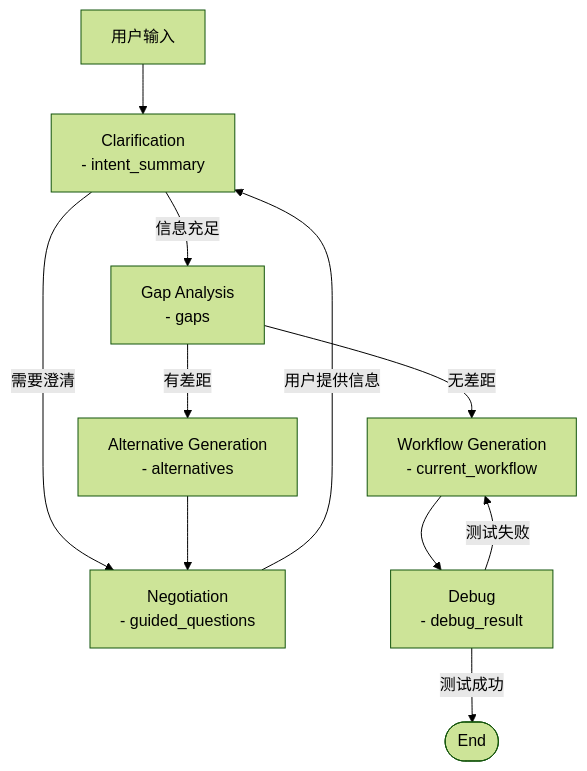
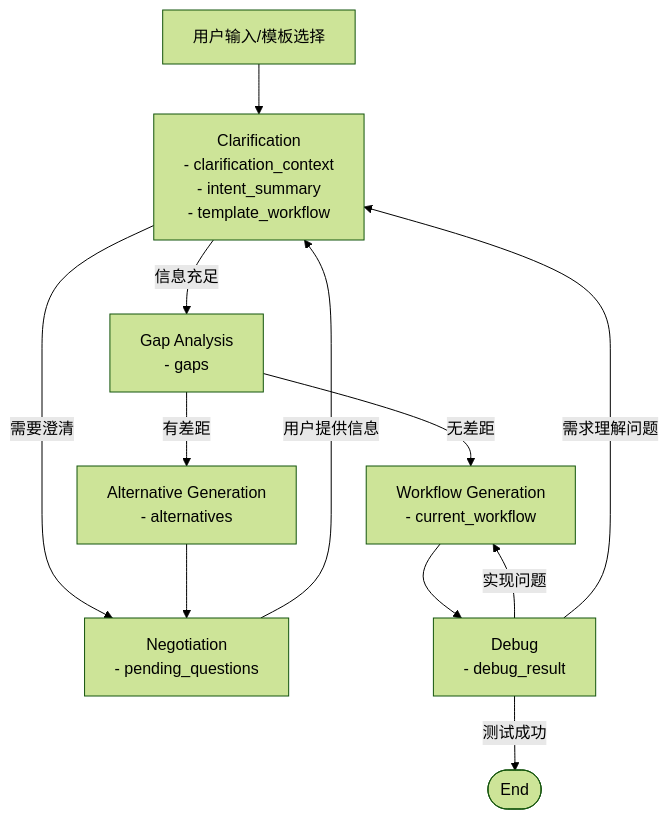
One commit to CurvatureX/agent_team_monorepo changed the seventh of 7 diagrams in docs/tech-design/workflow-agent-architecture.md. Above: the diagram before and after it, drawn with Mermaid (forest theme). The commit also changed other lines of this file and 46 other files, not shown here.

````diff
--- a/docs/tech-design/workflow-agent-architecture.md
+++ b/docs/tech-design/workflow-agent-architecture.md
@@ -173,13 +194,14 @@
 ```mermaid
 graph TD
-    Start[用户输入] --> Clarification["Clarification<br/>- intent_summary"]
-    Clarification -- "需要澄清" --> Negotiation["Negotiation<br/>- guided_questions"]
+    Start[用户输入/模板选择] --> Clarification["Clarification<br/>- clarification_context<br/>- intent_summary<br/>- template_workflow"]
+    Clarification -- "需要澄清" --> Negotiation["Negotiation<br/>- pending_questions"]
     Negotiation -- "用户提供信息" --> Clarification
     Clarification -- "信息充足" --> GapAnalysis["Gap Analysis<br/>- gaps"]
     GapAnalysis -- "无差距" --> WorkflowGeneration["Workflow Generation<br/>- current_workflow"]
     GapAnalysis -- "有差距" --> AlternativeGeneration["Alternative Generation<br/>- alternatives"]
     AlternativeGeneration --> Negotiation
     WorkflowGeneration --> Debug["Debug<br/>- debug_result"]
-    Debug -- "测试失败" --> WorkflowGeneration
+    Debug -- "实现问题" --> WorkflowGeneration
+    Debug -- "需求理解问题" --> Clarification
     Debug -- "测试成功" --> End([End])
 ```
````
